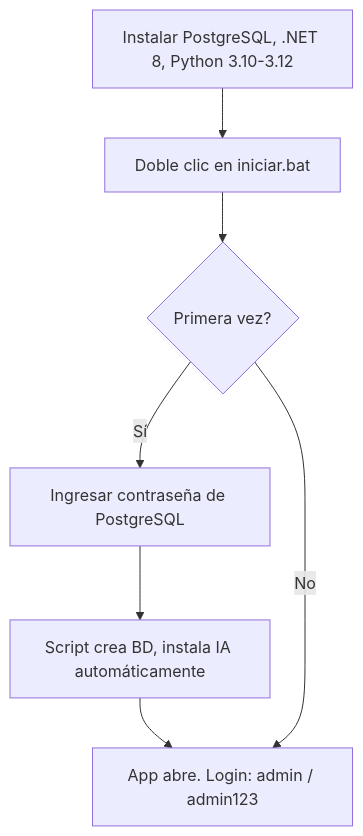
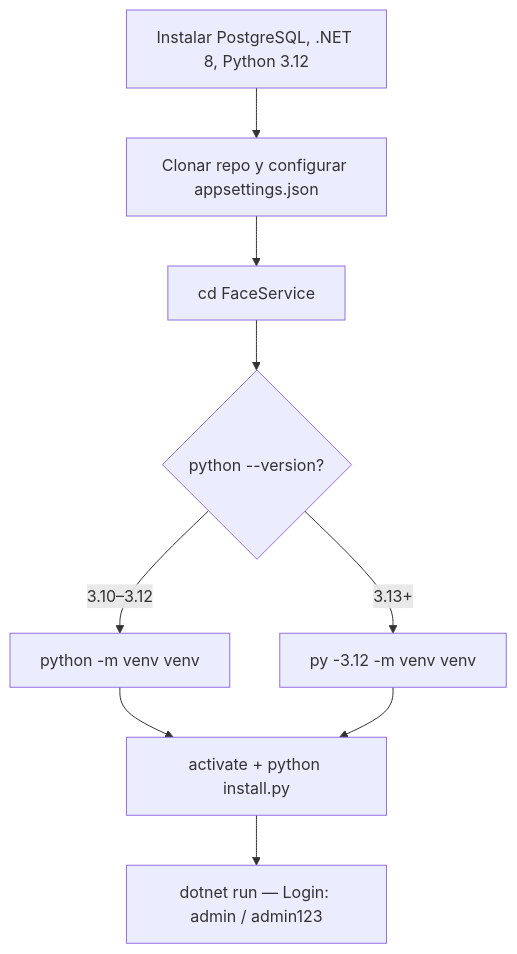
Before and after one commit to ramarstudio/RAMar_Repo: the diagram in docs/instalacion/index.md, drawn with Mermaid. The commit also changed other lines of this file and 5 other files, not shown here.

````diff
--- a/docs/instalacion/index.md
+++ b/docs/instalacion/index.md
@@ -31,9 +31,11 @@
 ```mermaid
 graph TD
-    A[Instalar PostgreSQL, .NET 8, Python 3.10-3.12] --> B[Doble clic en iniciar.bat]
-    B --> C{Primera vez?}
-    C -- Sí --> D[Ingresar contraseña de PostgreSQL]
-    D --> E[Script crea BD, instala IA automáticamente]
-    E --> F[App abre. Login: admin / admin123]
-    C -- No --> F
+    A["Instalar PostgreSQL, .NET 8, Python 3.12"] --> B["Clonar repo y configurar appsettings.json"]
+    B --> C["cd FaceService"]
+    C --> D{"python --version?"}
+    D -- "3.10–3.12" --> E["python -m venv venv"]
+    D -- "3.13+" --> F["py -3.12 -m venv venv"]
+    E --> G["activate + python install.py"]
+    F --> G
+    G --> H["dotnet run — Login: admin / admin123"]
 ```
````
